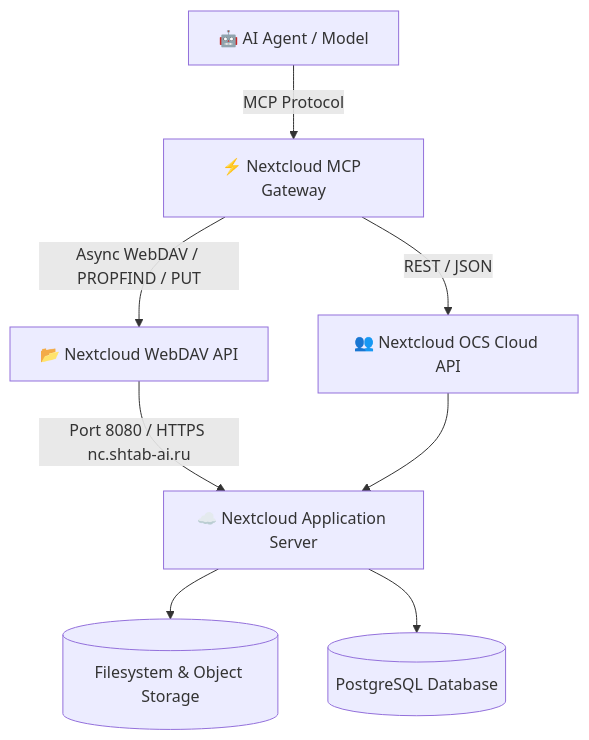
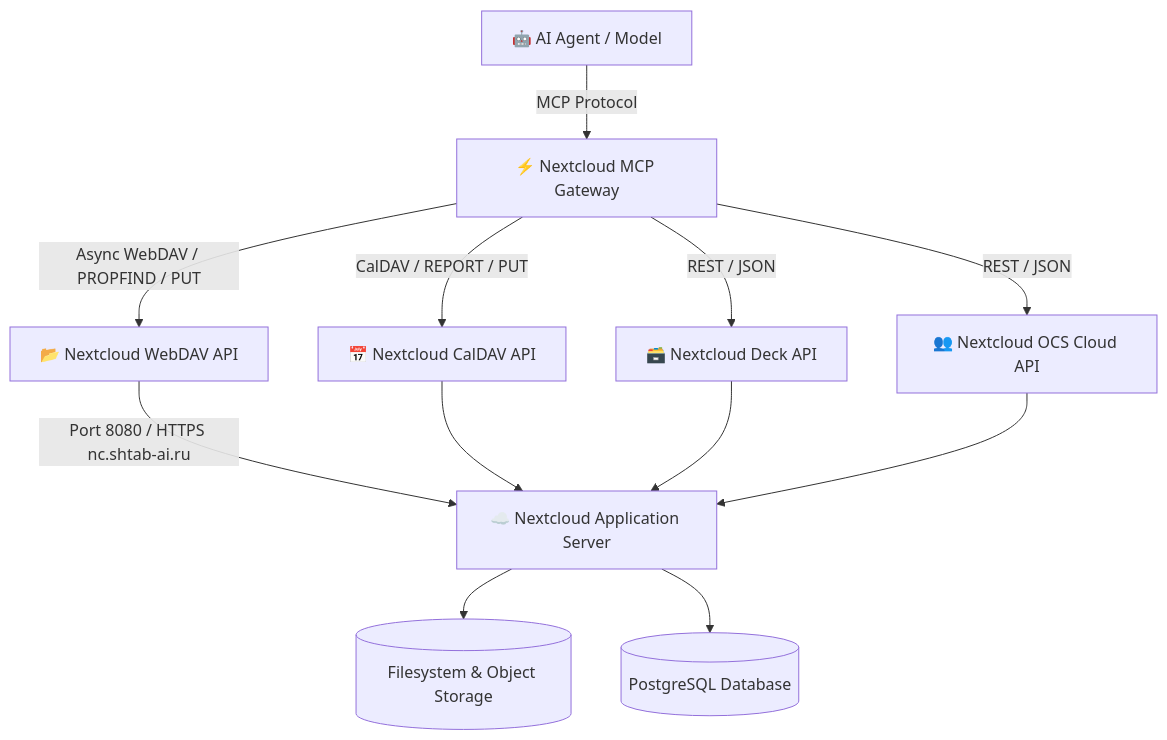
Before and after one commit to TheNovaNodes/nextcloud-mcp-gateway: the first of 2 diagrams in ARCHITECTURE.md, drawn with Mermaid. The commit also changed 2 other files, not shown here.

Commit message:
chore(gateway): add CI/CD workflow and update docs for deck, caldav and HITL tools

````diff
--- a/ARCHITECTURE.md
+++ b/ARCHITECTURE.md
@@ -9,10 +9,14 @@
 ```mermaid
 graph TD
     Agent[🤖 AI Agent / Model] -->|MCP Protocol| FastMCP[⚡ Nextcloud MCP Gateway]
     FastMCP -->|Async WebDAV / PROPFIND / PUT| WebDAV[📂 Nextcloud WebDAV API]
+    FastMCP -->|CalDAV / REPORT / PUT| CalDAV[📅 Nextcloud CalDAV API]
+    FastMCP -->|REST / JSON| Deck[🗃️ Nextcloud Deck API]
     FastMCP -->|REST / JSON| OCS[👥 Nextcloud OCS Cloud API]
     WebDAV -->|Port 8080 / HTTPS nc.shtab-ai.ru| Nextcloud[☁️ Nextcloud Application Server]
+    CalDAV --> Nextcloud
+    Deck --> Nextcloud
     OCS --> Nextcloud
     Nextcloud --> Storage[(Filesystem & Object Storage)]
     Nextcloud --> DB[(PostgreSQL Database)]
 ```
````
